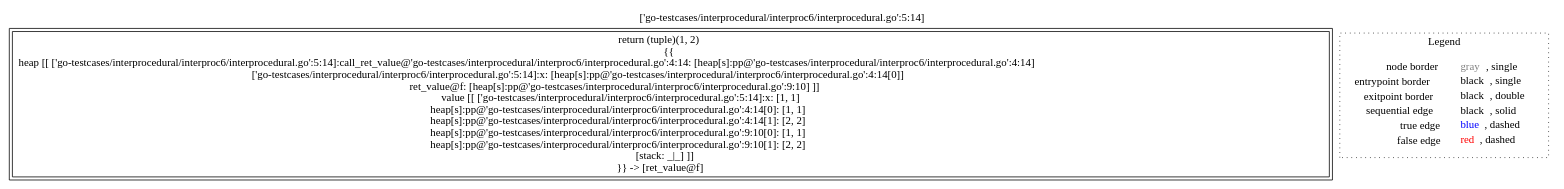
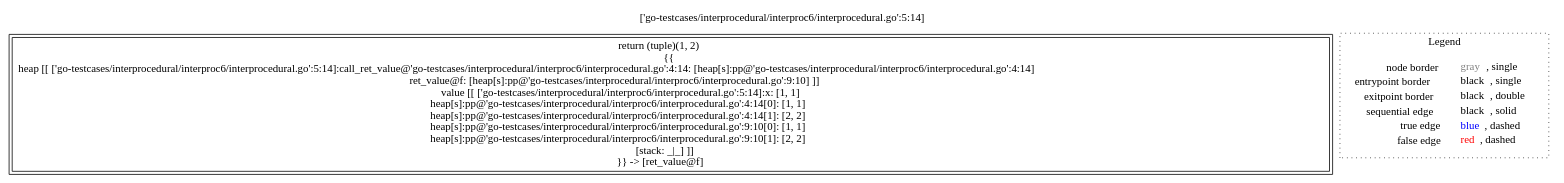
One commit to lisa-analyzer/go-lisa changed the diagram in go-lisa/go-testcases/interprocedural/interproc6/analysis___928824999_[int__,_int__]_main.f().dot. Above: the diagram before and after it, drawn with Graphviz. The commit also changed 12 other files, not shown here.

```diff
--- a/go-lisa/go-testcases/interprocedural/interproc6/analysis___928824999_[int__,_int__]_main.f().dot
+++ b/go-lisa/go-testcases/interprocedural/interproc6/analysis___928824999_[int__,_int__]_main.f().dot
@@ -1,12 +1,12 @@
 digraph {
 	labelloc="t";
 	label="['go-testcases/interprocedural/interproc6/interprocedural.go':5:14]";
-	"node0" [shape="rect",color="black",peripheries="2",label=<return (tuple)(1, 2)<BR/>{{<BR/>heap [[ ['go-testcases/interprocedural/interproc6/interprocedural.go':5:14]:call_ret_value@'go-testcases/interprocedural/interproc6/interprocedural.go':4:14: [heap[s]:pp@'go-testcases/interprocedural/interproc6/interprocedural.go':4:14]<BR/>['go-testcases/interprocedural/interproc6/interprocedural.go':5:14]:x: [heap[s]:pp@'go-testcases/interprocedural/interproc6/interprocedural.go':4:14[0]]<BR/>ret_value@f: [heap[s]:pp@'go-testcases/interprocedural/interproc6/interprocedural.go':9:10] ]]<BR/>value [[ ['go-testcases/interprocedural/interproc6/interprocedural.go':5:14]:x: [1, 1]<BR/>heap[s]:pp@'go-testcases/interprocedural/interproc6/interprocedural.go':4:14[0]: [1, 1]<BR/>heap[s]:pp@'go-testcases/interprocedural/interproc6/interprocedural.go':4:14[1]: [2, 2]<BR/>heap[s]:pp@'go-testcases/interprocedural/interproc6/interprocedural.go':9:10[0]: [1, 1]<BR/>heap[s]:pp@'go-testcases/interprocedural/interproc6/interprocedural.go':9:10[1]: [2, 2]<BR/>[stack: _|_] ]]<BR/>}} -&gt; [ret_value@f]>];
+	"node0" [shape="rect",color="black",peripheries="2",label=<return (tuple)(1, 2)<BR/>{{<BR/>heap [[ ['go-testcases/interprocedural/interproc6/interprocedural.go':5:14]:call_ret_value@'go-testcases/interprocedural/interproc6/interprocedural.go':4:14: [heap[s]:pp@'go-testcases/interprocedural/interproc6/interprocedural.go':4:14]<BR/>ret_value@f: [heap[s]:pp@'go-testcases/interprocedural/interproc6/interprocedural.go':9:10] ]]<BR/>value [[ ['go-testcases/interprocedural/interproc6/interprocedural.go':5:14]:x: [1, 1]<BR/>heap[s]:pp@'go-testcases/interprocedural/interproc6/interprocedural.go':4:14[0]: [1, 1]<BR/>heap[s]:pp@'go-testcases/interprocedural/interproc6/interprocedural.go':4:14[1]: [2, 2]<BR/>heap[s]:pp@'go-testcases/interprocedural/interproc6/interprocedural.go':9:10[0]: [1, 1]<BR/>heap[s]:pp@'go-testcases/interprocedural/interproc6/interprocedural.go':9:10[1]: [2, 2]<BR/>[stack: _|_] ]]<BR/>}} -&gt; [ret_value@f]>];
 subgraph cluster_legend {
 	label="Legend";
 	style=dotted;
 	node [shape=plaintext];
 	"legend" [label=<<table border="0" cellpadding="2" cellspacing="0" cellborder="0"><tr><td align="right">node border&nbsp;</td><td align="left"><font color="gray">gray</font>, single</td></tr><tr><td align="right">entrypoint border&nbsp;</td><td align="left"><font color="black">black</font>, single</td></tr><tr><td align="right">exitpoint border&nbsp;</td><td align="left"><font color="black">black</font>, double</td></tr><tr><td align="right">sequential edge&nbsp;</td><td align="left"><font color="black">black</font>, solid</td></tr><tr><td align="right">true edge&nbsp;</td><td align="left"><font color="blue">blue</font>, dashed</td></tr><tr><td align="right">false edge&nbsp;</td><td align="left"><font color="red">red</font>, dashed</td></tr></table>>];
 }
 
 }
```
